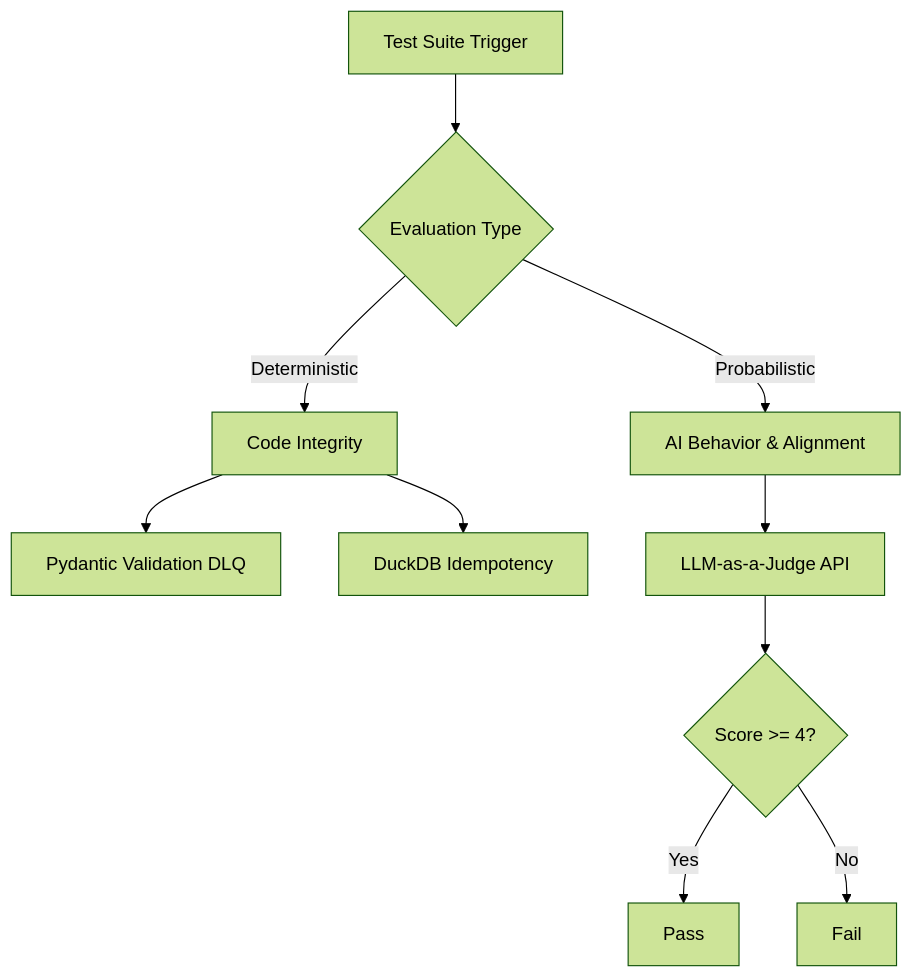
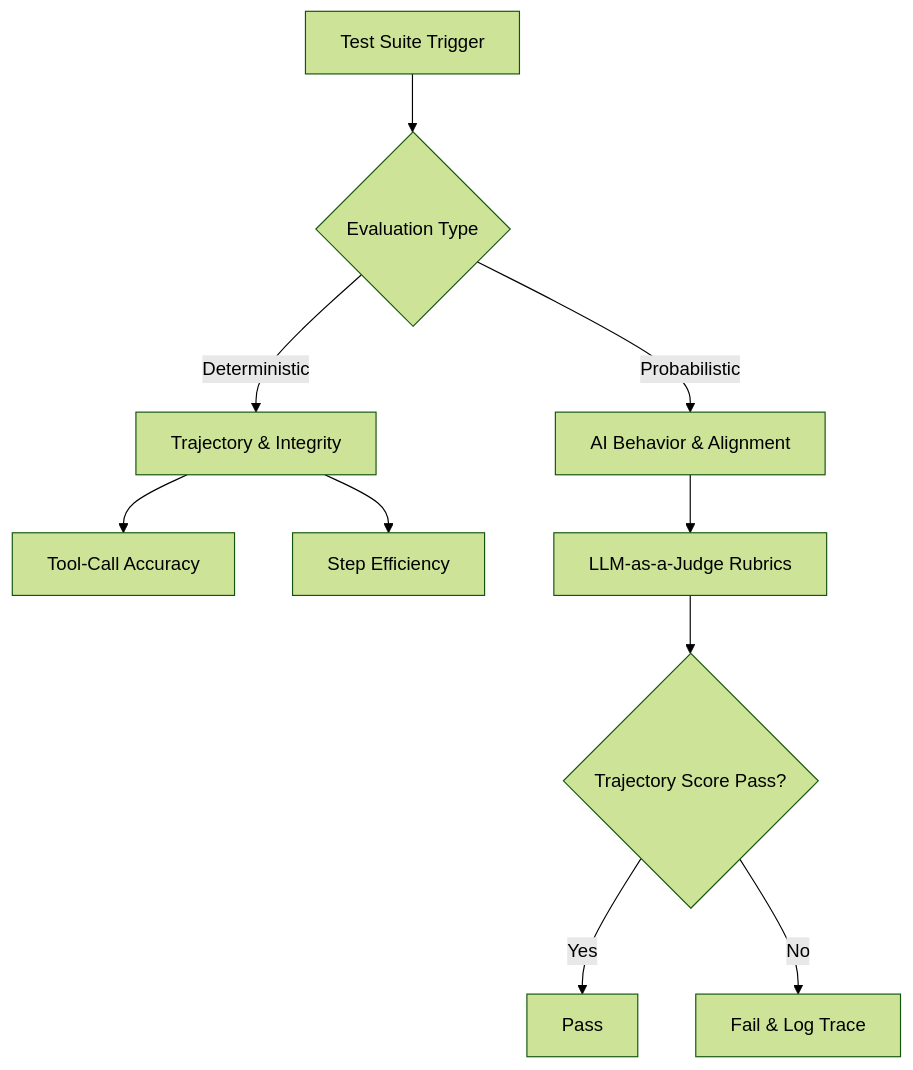
One commit to hitanshuac/antigravity-agentic-governance-template changed the diagram in README.md. Above: the diagram before and after it, drawn with Mermaid (forest theme). The commit also changed other lines of this file, not shown here.

````diff
--- a/README.md
+++ b/README.md
@@ -119,12 +119,12 @@
 ```mermaid
 graph TD
     A[Test Suite Trigger] --> B{Evaluation Type}
-    B -->|Deterministic| C[Code Integrity]
-    C --> D[Pydantic Validation DLQ]
-    C --> E[DuckDB Idempotency]
+    B -->|Deterministic| C[Trajectory & Integrity]
+    C --> D[Tool-Call Accuracy]
+    C --> E[Step Efficiency]
     B -->|Probabilistic| G[AI Behavior & Alignment]
-    G --> H[LLM-as-a-Judge API]
-    H --> I{Score >= 4?}
+    G --> H[LLM-as-a-Judge Rubrics]
+    H --> I{Trajectory Score Pass?}
     I -->|Yes| J[Pass]
-    I -->|No| K[Fail]
+    I -->|No| K[Fail & Log Trace]
 ```
````
